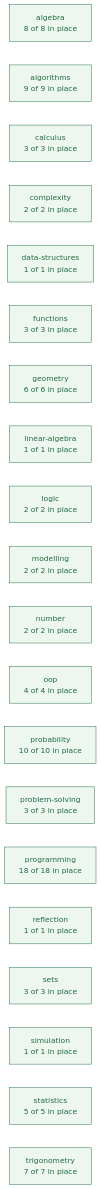
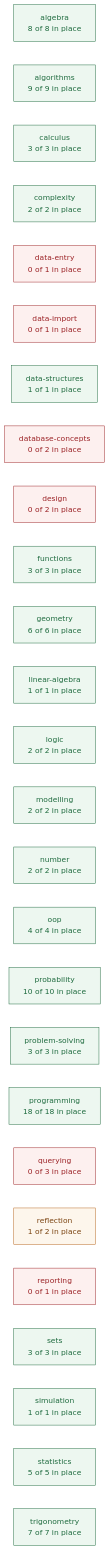
The first of 3 diagrams in planning/CURRICULUM_MAP.md (deweydex/dewlab), drawn with Mermaid (forest theme) before and after one commit. The commit also changed other lines of this file and 9 other files, not shown here.

````diff
--- a/planning/CURRICULUM_MAP.md
+++ b/planning/CURRICULUM_MAP.md
@@ -52,28 +58,36 @@
 ```mermaid
 graph LR
   algebra["algebra<br/>8 of 8 in place"]
   algorithms["algorithms<br/>9 of 9 in place"]
   calculus["calculus<br/>3 of 3 in place"]
   complexity["complexity<br/>2 of 2 in place"]
+  data_entry["data-entry<br/>0 of 1 in place"]
+  data_import["data-import<br/>0 of 1 in place"]
   data_structures["data-structures<br/>1 of 1 in place"]
+  database_concepts["database-concepts<br/>0 of 2 in place"]
+  design["design<br/>0 of 2 in place"]
   functions["functions<br/>3 of 3 in place"]
   geometry["geometry<br/>6 of 6 in place"]
   linear_algebra["linear-algebra<br/>1 of 1 in place"]
   logic["logic<br/>2 of 2 in place"]
   modelling["modelling<br/>2 of 2 in place"]
   number["number<br/>2 of 2 in place"]
   oop["oop<br/>4 of 4 in place"]
   probability["probability<br/>10 of 10 in place"]
   problem_solving["problem-solving<br/>3 of 3 in place"]
   programming["programming<br/>18 of 18 in place"]
-  reflection["reflection<br/>1 of 1 in place"]
+  querying["querying<br/>0 of 3 in place"]
+  reflection["reflection<br/>1 of 2 in place"]
+  reporting["reporting<br/>0 of 1 in place"]
   sets["sets<br/>3 of 3 in place"]
   simulation["simulation<br/>1 of 1 in place"]
   statistics["statistics<br/>5 of 5 in place"]
   trigonometry["trigonometry<br/>7 of 7 in place"]
 
   classDef full fill:#edf7f0,stroke:#1f6b3f,color:#1f6b3f;
   classDef part fill:#fdf6ec,stroke:#b5651d,color:#7a4310;
   classDef none fill:#fdf0ef,stroke:#9b2226,color:#9b2226;
-  class algebra,algorithms,calculus,complexity,data_structures,functions,geometry,linear_algebra,logic,modelling,number,oop,probability,problem_solving,programming,reflection,sets,simulation,statistics,trigonometry full;
+  class algebra,algorithms,calculus,complexity,data_structures,functions,geometry,linear_algebra,logic,modelling,number,oop,probability,problem_solving,programming,sets,simulation,statistics,trigonometry full;
+  class reflection part;
+  class data_entry,data_import,database_concepts,design,querying,reporting none;
 ```
````
